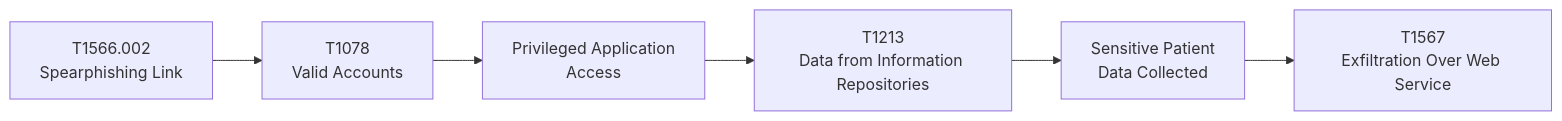
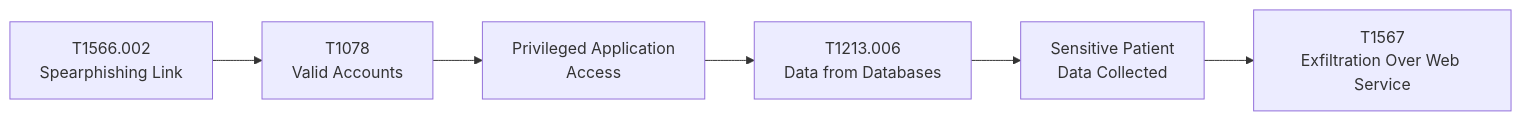
One commit to mshadmana/threatmodellingprojectagoge changed the first of 3 diagrams in templates/mitre-mapping.md. Above: the diagram before and after it, drawn with Mermaid. The commit also changed other lines of this file, not shown here.

````diff
--- a/templates/mitre-mapping.md
+++ b/templates/mitre-mapping.md
@@ -196,16 +304,16 @@
 ```mermaid
 flowchart LR
 
     A["T1566.002<br/>Spearphishing Link"]
     B["T1078<br/>Valid Accounts"]
     C["Privileged Application<br/>Access"]
-    D["T1213<br/>Data from Information Repositories"]
+    D["T1213.006<br/>Data from Databases"]
     E["Sensitive Patient<br/>Data Collected"]
     F["T1567<br/>Exfiltration Over Web Service"]
 
     A --> B
     B --> C
     C --> D
     D --> E
     E --> F
 ```
````
